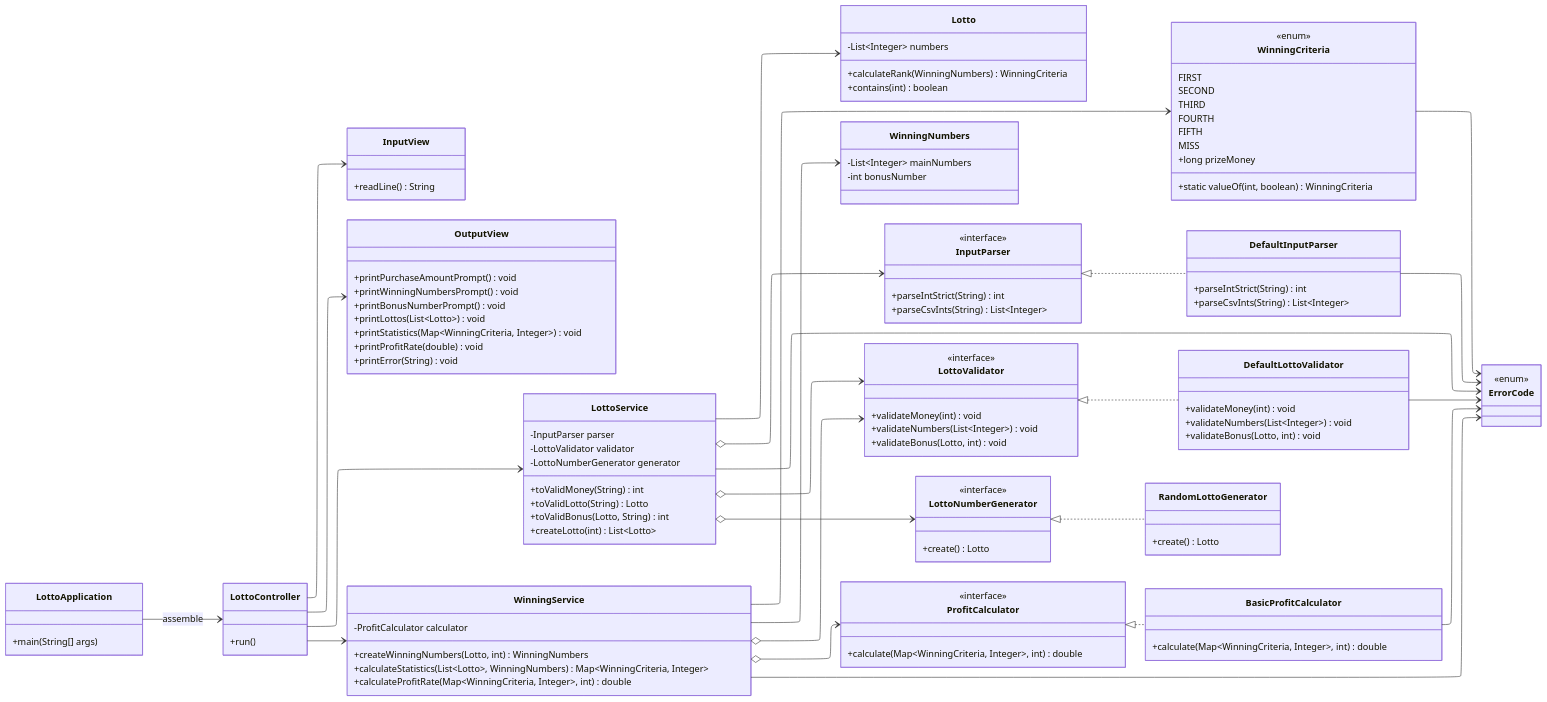
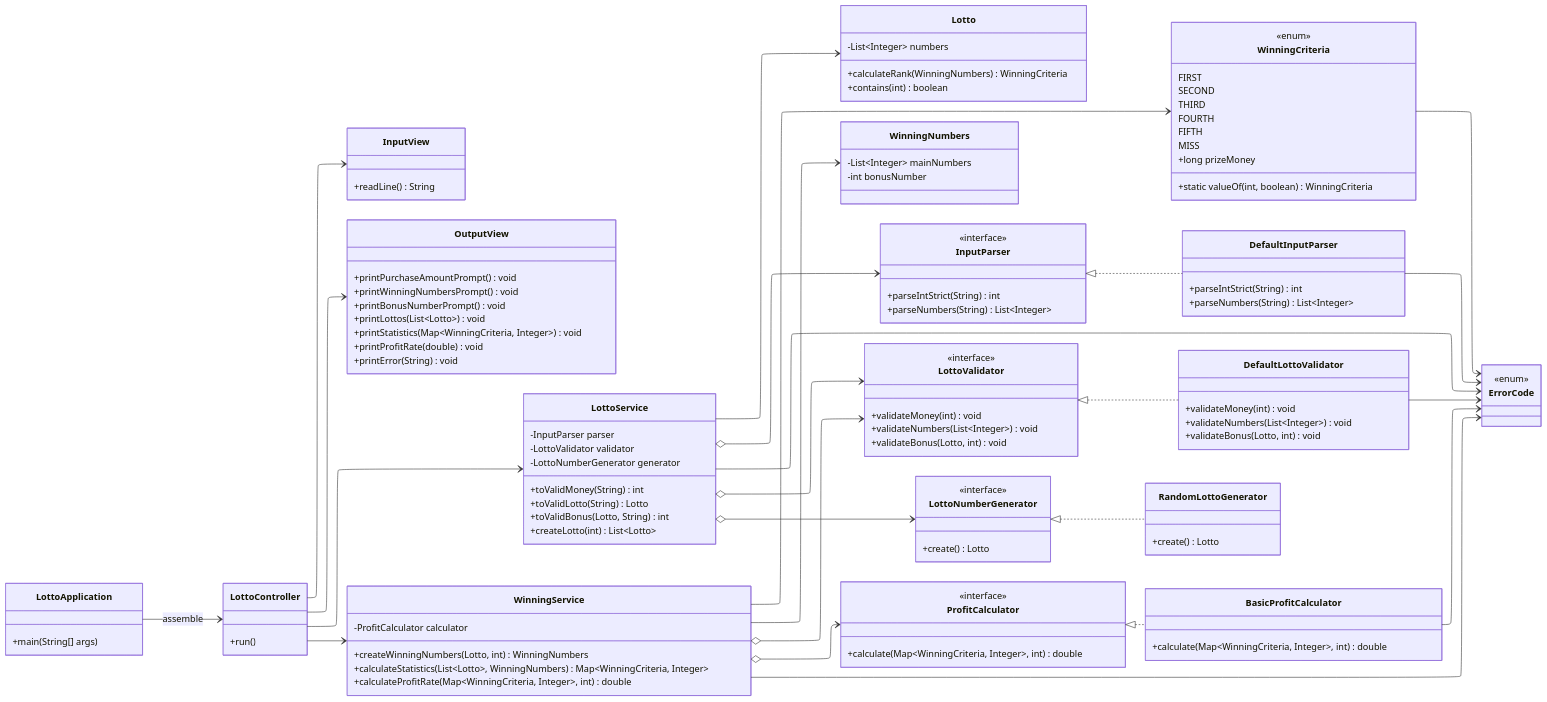
The diagram in README.md (YonghoBae/java-lotto-8), drawn with Mermaid before and after one commit. The commit also changed 5 other files, not shown here.

```diff
--- a/README.md
+++ b/README.md
@@ -125,7 +125,7 @@
 class InputParser {
   <<interface>>
   +parseIntStrict(String) int
-  +parseCsvInts(String) List~Integer~
+  +parseNumbers(String) List~Integer~
 }
 class LottoValidator {
   <<interface>>
@@ -143,7 +143,7 @@
 }
 class DefaultInputParser {
   +parseIntStrict(String) int
-  +parseCsvInts(String) List~Integer~
+  +parseNumbers(String) List~Integer~
 }
 class DefaultLottoValidator {
   +validateMoney(int) void
```
